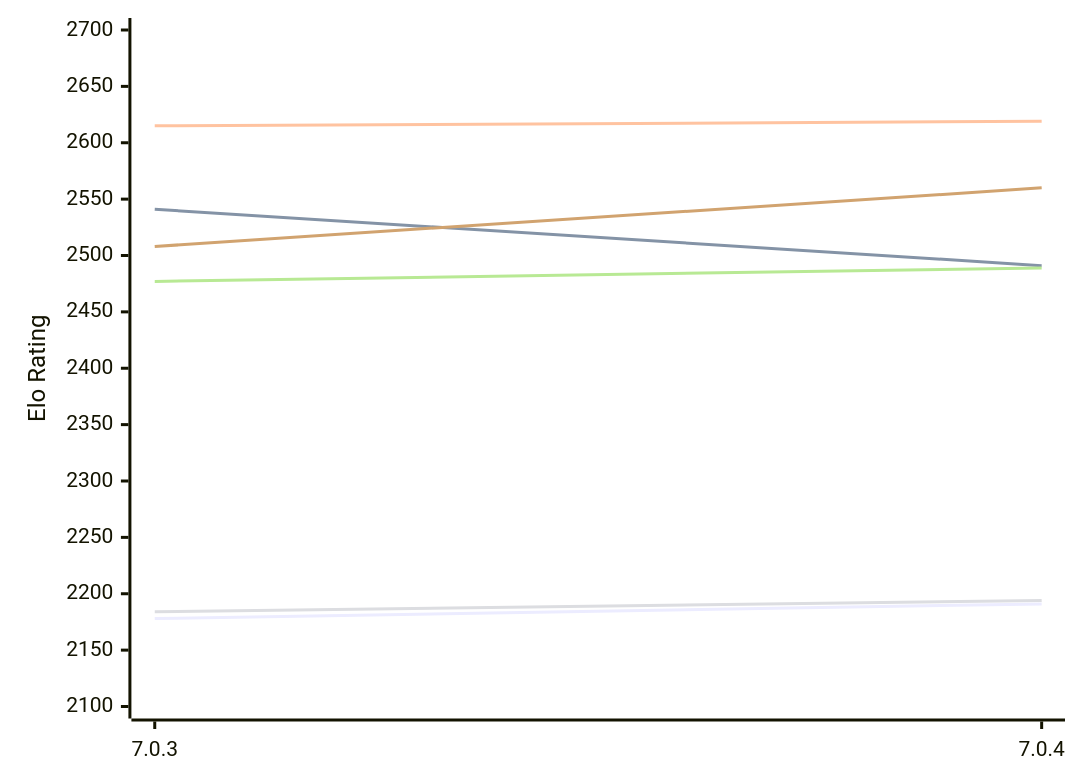
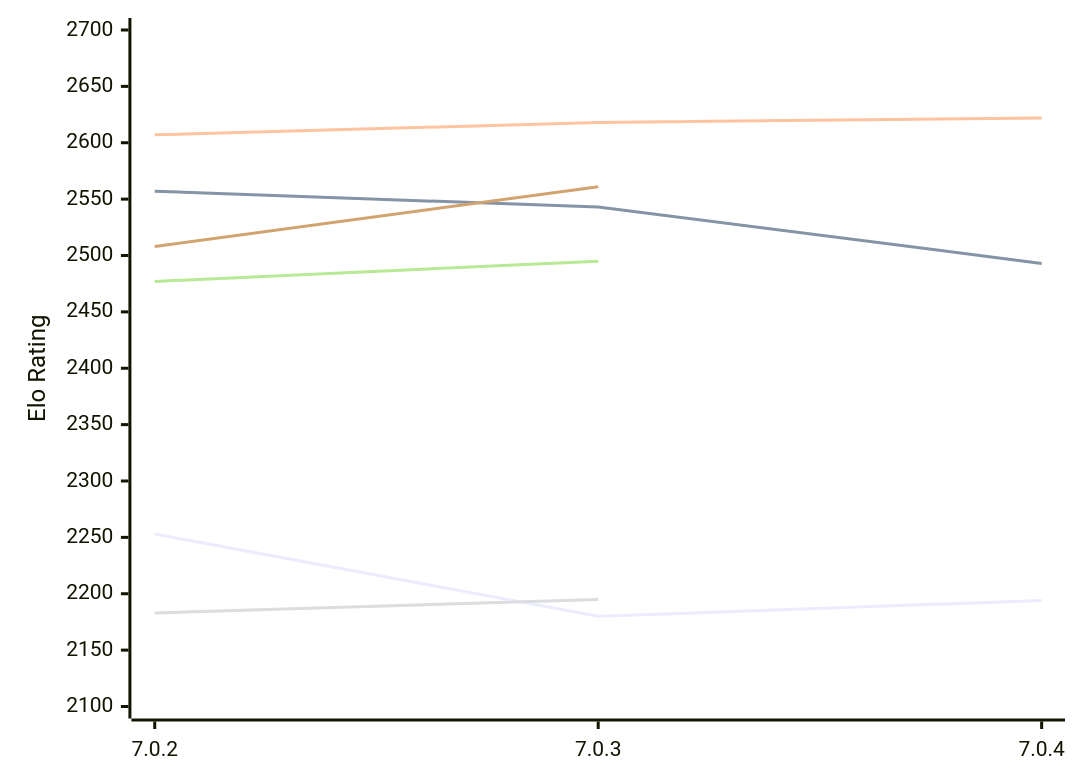
One commit to computer-chess-index/cci changed the diagram in engines/Buster.md. Above: the diagram before and after it, drawn with Mermaid. The commit also changed other lines of this file, not shown here.

Commit message:
Update CCI Ratings (ELO VLTC) - 2026-11-22

````diff
--- a/engines/Buster.md
+++ b/engines/Buster.md
@@ -49,12 +50,12 @@
 ```mermaid
 %%{init: {"theme":"base","themeVariables":{"seriesColors:['#a3a3a3','#222221','#faa371']}}}%%
 xychart-beta
-  x-axis ["7.0.3", "7.0.4"]
+  x-axis ["7.0.2", "7.0.3", "7.0.4"]
   y-axis "Elo Rating" 2100 --> 2700
-  line "E1: STC (8.0+0.08s)" [2178, 2191]
-  line "E1: LTC (60.0+0.60s)" [2541, 2491]
-  line "E1: VLTC (2m24s+1.12s)" [2615, 2619]
-  line "P1: STC (8.0+0.08s)" [2184, 2194]
-  line "P1: LTC (60.0+0.60s)" [2477, 2489]
-  line "P1: VLTC (2m24s+1.12s)" [2508, 2560]
+  line "E1: STC (8.0+0.08s)" [2253, 2180, 2194]
+  line "E1: LTC (60.0+0.60s)" [2557, 2543, 2493]
+  line "E1: VLTC (2m24s+1.12s)" [2607, 2618, 2622]
+  line "P1: STC (8.0+0.08s)" [2183, 2195]
+  line "P1: LTC (60.0+0.60s)" [2477, 2495]
+  line "P1: VLTC (2m24s+1.12s)" [2508, 2561]
 ```
````
